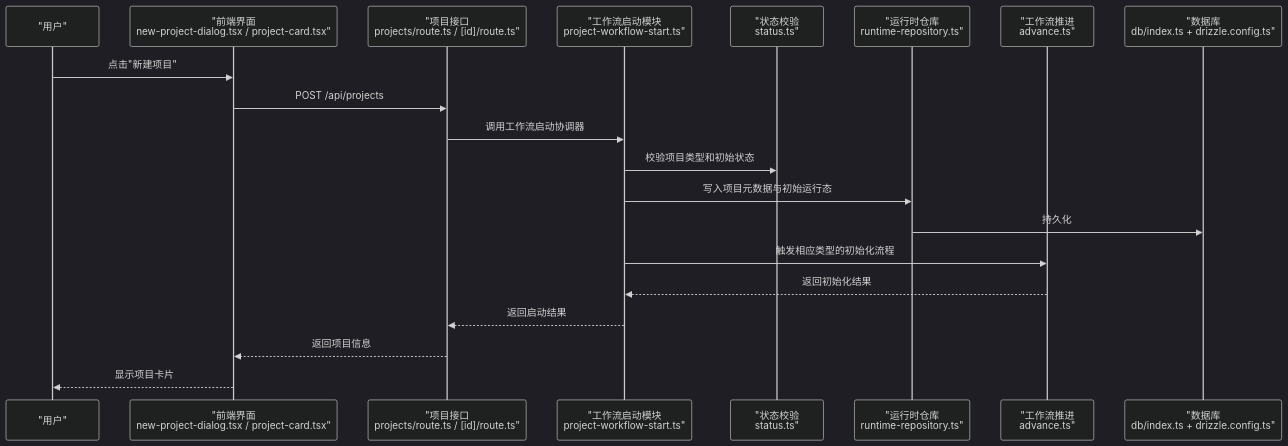
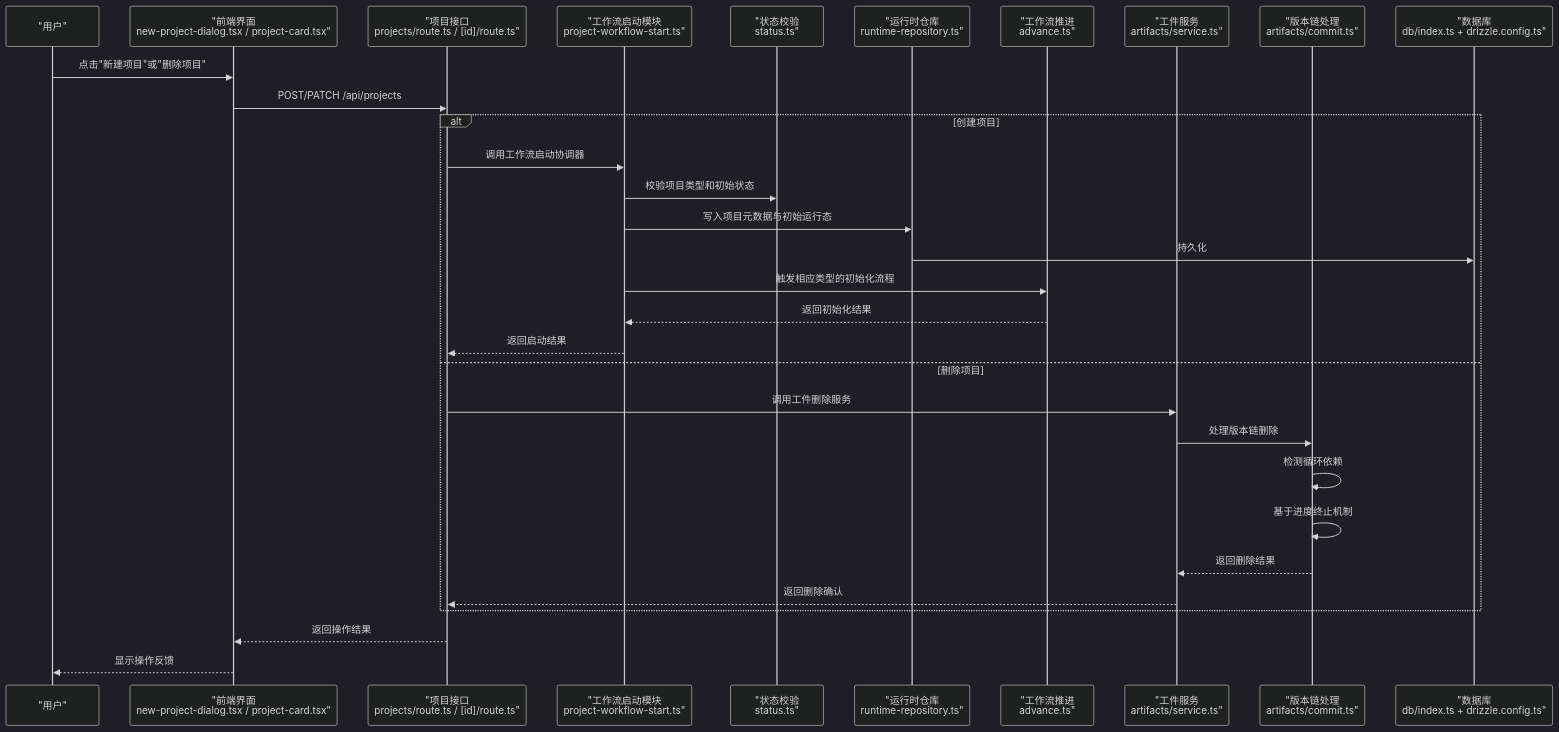
The second of 9 diagrams in .qoder/repowiki/zh/content/项目管理/项目生命周期管理.md (scottcwy/PurpleInk), drawn with Mermaid (dark theme) before and after one commit. The commit also changed other lines of this file and 23 other files, not shown here.

````diff
--- a/.qoder/repowiki/zh/content/项目管理/项目生命周期管理.md
+++ b/.qoder/repowiki/zh/content/项目管理/项目生命周期管理.md
@@ -124,22 +139,33 @@
 ```mermaid
 sequenceDiagram
 participant U as "用户"
 participant UI as "前端界面<br/>new-project-dialog.tsx / project-card.tsx"
 participant API as "项目接口<br/>projects/route.ts / [id]/route.ts"
 participant WS as "工作流启动模块<br/>project-workflow-start.ts"
 participant S as "状态校验<br/>status.ts"
 participant R as "运行时仓库<br/>runtime-repository.ts"
 participant W as "工作流推进<br/>advance.ts"
+participant AS as "工件服务<br/>artifacts/service.ts"
+participant VC as "版本链处理<br/>artifacts/commit.ts"
 participant DB as "数据库<br/>db/index.ts + drizzle.config.ts"
-U->>UI : 点击"新建项目"
-UI->>API : POST /api/projects
+U->>UI : 点击"新建项目"或"删除项目"
+UI->>API : POST/PATCH /api/projects
+alt 创建项目
 API->>WS : 调用工作流启动协调器
 WS->>S : 校验项目类型和初始状态
 WS->>R : 写入项目元数据与初始运行态
 R->>DB : 持久化
 WS->>W : 触发相应类型的初始化流程
 W-->>WS : 返回初始化结果
 WS-->>API : 返回启动结果
-API-->>UI : 返回项目信息
-UI-->>U : 显示项目卡片
+else 删除项目
+API->>AS : 调用工件删除服务
+AS->>VC : 处理版本链删除
+VC->>VC : 检测循环依赖
+VC->>VC : 基于进度终止机制
+VC-->>AS : 返回删除结果
+AS-->>API : 返回删除确认
+end
+API-->>UI : 返回操作结果
+UI-->>U : 显示操作反馈
 ```
````
